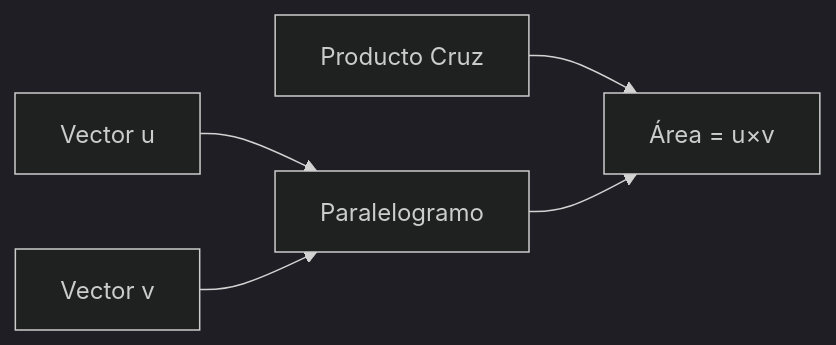
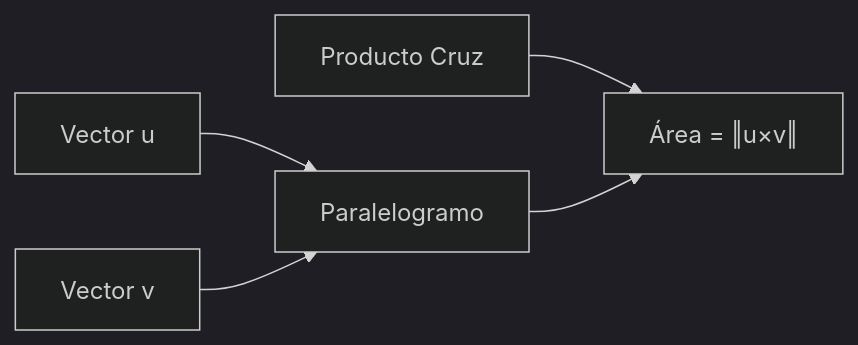
The second of 3 diagrams in public/documents/semester-2/4/2413.md (djaimej/computer-science-template), drawn with Mermaid (dark theme) before and after one commit. The commit also changed other lines of this file and 20 other files, not shown here.

````diff
--- a/public/documents/semester-2/4/2413.md
+++ b/public/documents/semester-2/4/2413.md
@@ -47,9 +47,9 @@
 ```mermaid
 graph LR
     A[Vector u] --> B[Paralelogramo]
     C[Vector v] --> B
-    D[Producto Cruz] --> E[Área = u×v]
+    D[Producto Cruz] --> E["Área = ‖u×v‖"]
     B --> E
 
     E:::purple
 ```
````
